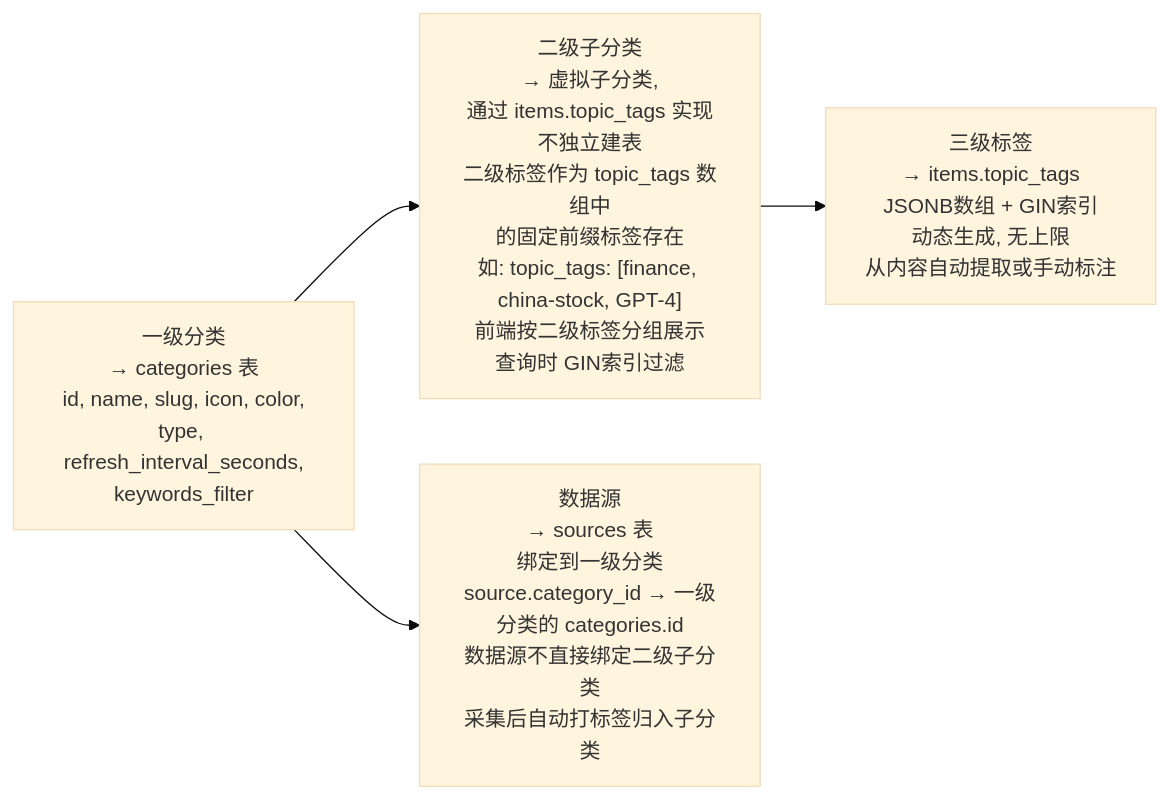
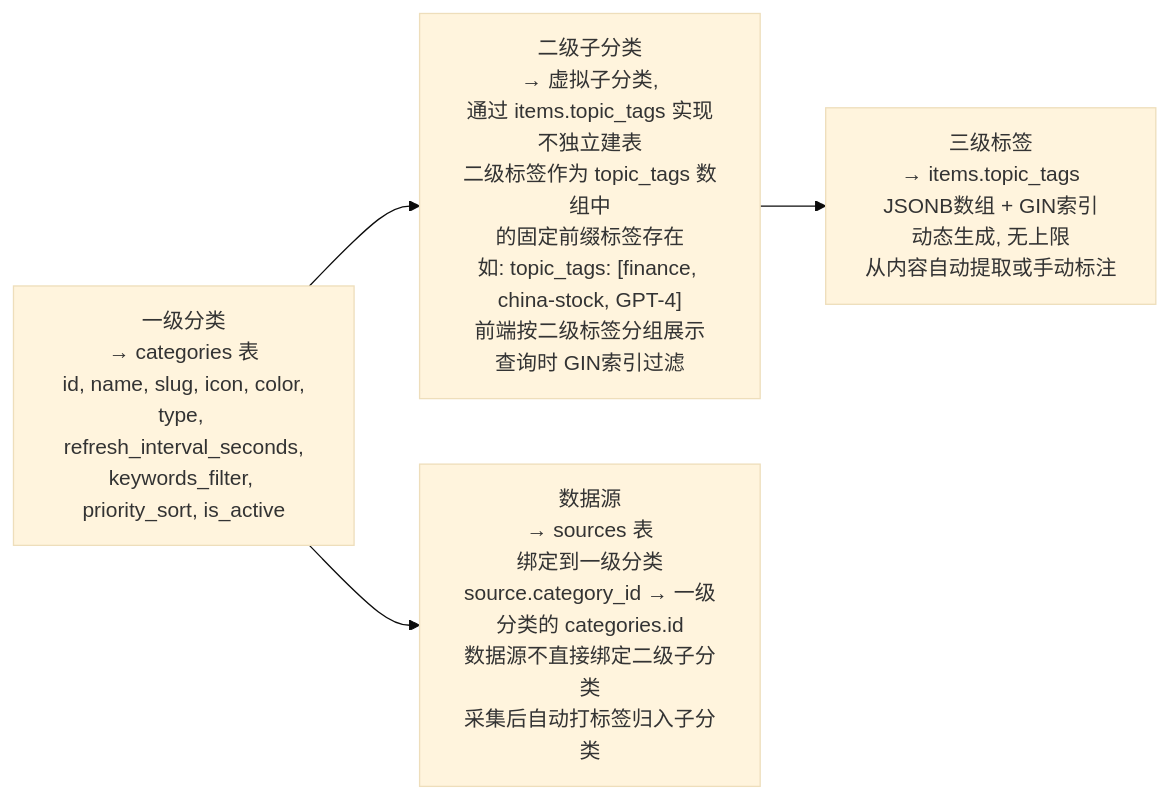
The second of 6 diagrams in docs/design/content-categories.md (onceme/instantboard), drawn with Mermaid (base theme) before and after one commit. The commit also changed other lines of this file and 14 other files, not shown here.

````diff
--- a/docs/design/content-categories.md
+++ b/docs/design/content-categories.md
@@ -64,10 +66,10 @@
 ```mermaid
 graph LR
-    cat["一级分类<br/>→ categories 表<br/>id, name, slug, icon, color,<br/>type, refresh_interval_seconds,<br/>keywords_filter"]
+    cat["一级分类<br/>→ categories 表<br/>id, name, slug, icon, color,<br/>type, refresh_interval_seconds,<br/>keywords_filter, priority_sort, is_active"]
     subcat["二级子分类<br/>→ 虚拟子分类,<br/>通过 items.topic_tags 实现<br/>不独立建表<br/>二级标签作为 topic_tags 数组中<br/>的固定前缀标签存在<br/>如: topic_tags: [finance, china-stock, GPT-4]<br/>前端按二级标签分组展示<br/>查询时 GIN索引过滤"]
     tag["三级标签<br/>→ items.topic_tags<br/>JSONB数组 + GIN索引<br/>动态生成, 无上限<br/>从内容自动提取或手动标注"]
     src["数据源<br/>→ sources 表<br/>绑定到一级分类<br/>source.category_id → 一级分类的 categories.id<br/>数据源不直接绑定二级子分类<br/>采集后自动打标签归入子分类"]
     cat --> subcat
     subcat --> tag
     cat --> src
 ```
````
